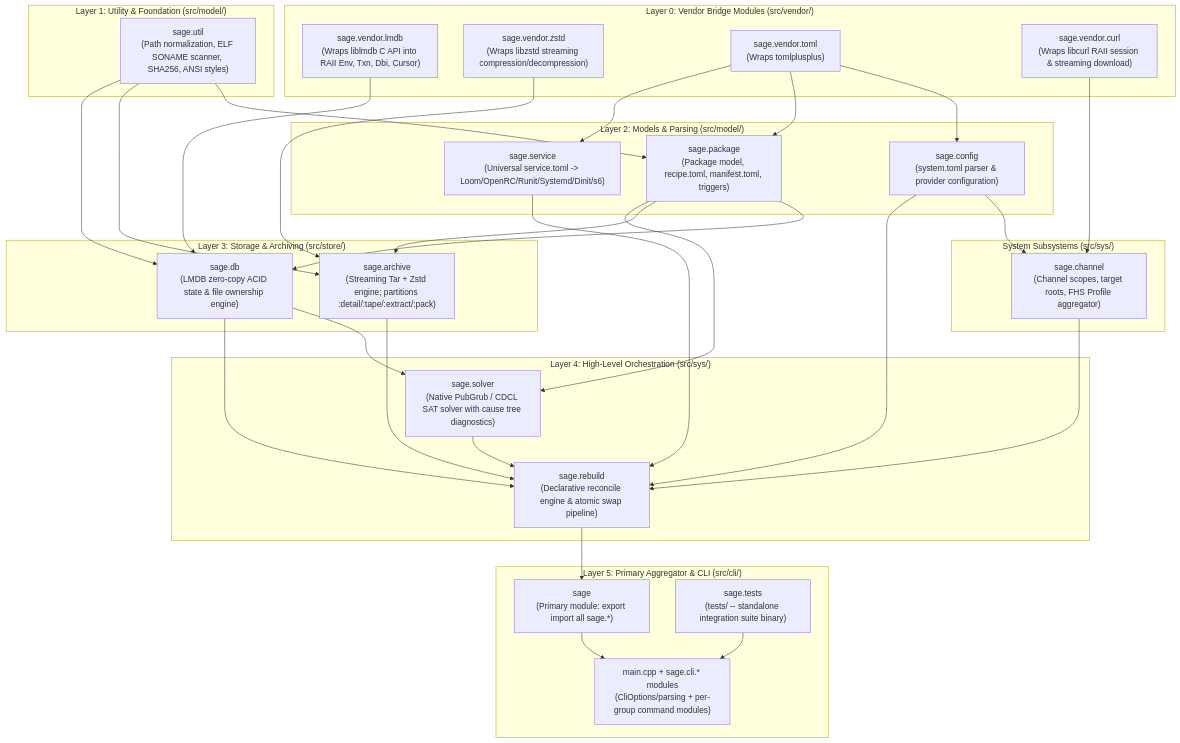
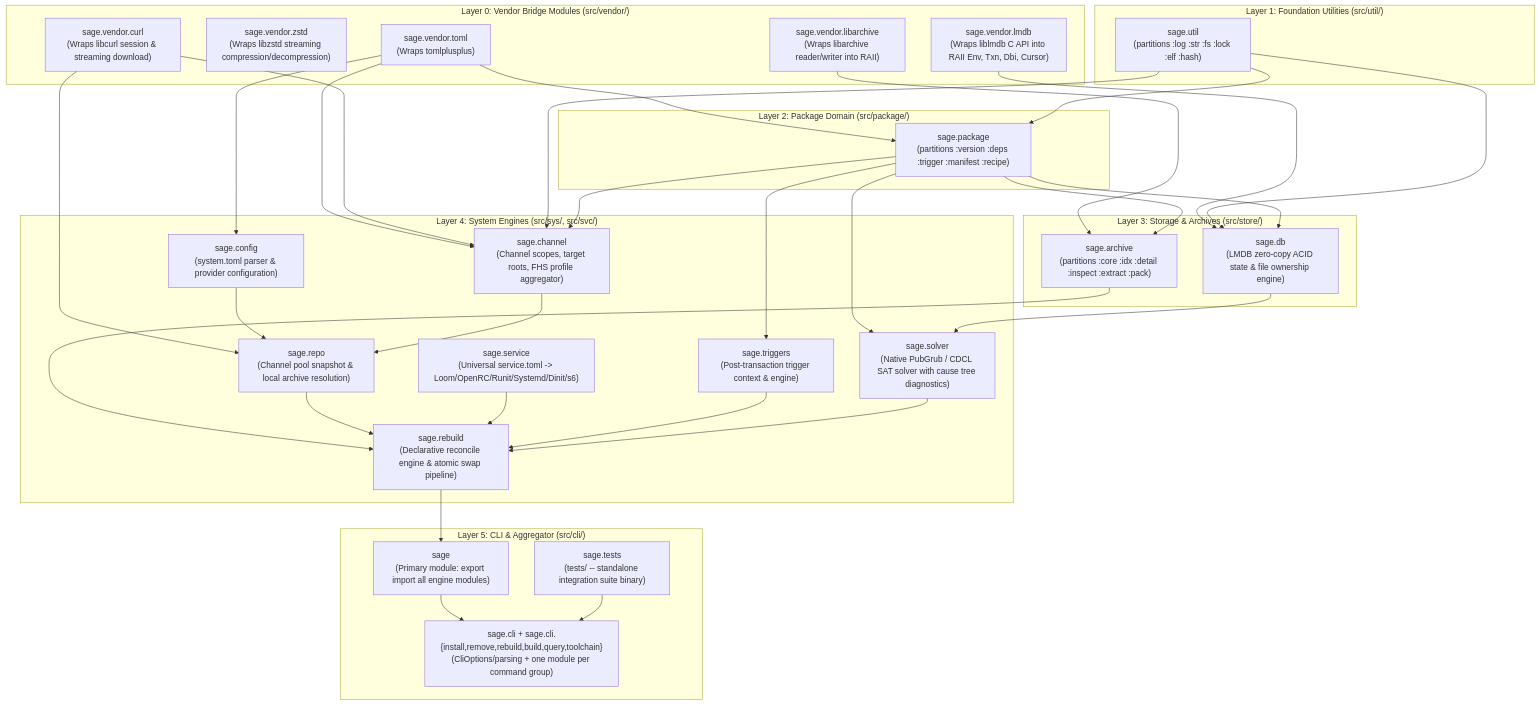
One commit to sclinuxdev/sage changed the diagram in docs/MODULES.md. Above: the diagram before and after it, drawn with Mermaid. The commit also changed other lines of this file and 2 other files, not shown here.

First line of the commit message:
docs: update all documentation for the partition-based module layout

````diff
--- a/docs/MODULES.md
+++ b/docs/MODULES.md
@@ -9,63 +9,66 @@
 ```mermaid
 graph TD
     subgraph Layer0["Layer 0: Vendor Bridge Modules (src/vendor/)"]
         LMDB["sage.vendor.lmdb<br/>(Wraps liblmdb C API into RAII Env, Txn, Dbi, Cursor)"]
         ZSTD["sage.vendor.zstd<br/>(Wraps libzstd streaming compression/decompression)"]
         TOML["sage.vendor.toml<br/>(Wraps tomlplusplus)"]
-        CURL["sage.vendor.curl<br/>(Wraps libcurl RAII session & streaming download)"]
+        CURL["sage.vendor.curl<br/>(Wraps libcurl session & streaming download)"]
+        LIBARCHIVE["sage.vendor.libarchive<br/>(Wraps libarchive reader/writer into RAII)"]
     end
 
-    subgraph Layer1["Layer 1: Utility & Foundation (src/model/)"]
-        UTIL["sage.util<br/>(Path normalization, ELF SONAME scanner, SHA256, ANSI styles)"]
+    subgraph Layer1["Layer 1: Foundation Utilities (src/util/)"]
+        UTIL["sage.util<br/>(partitions :log :str :fs :lock :elf :hash)"]
     end
 
-    subgraph Layer2["Layer 2: Models & Parsing (src/model/)"]
-        CONFIG["sage.config<br/>(system.toml parser & provider configuration)"]
-        PKG["sage.package<br/>(Package model, recipe.toml, manifest.toml, triggers)"]
-        SVC["sage.service<br/>(Universal service.toml -> Loom/OpenRC/Runit/Systemd/Dinit/s6)"]
+    subgraph Layer2["Layer 2: Package Domain (src/package/)"]
+        PKG["sage.package<br/>(partitions :version :deps :trigger :manifest :recipe)"]
     end
 
-    subgraph SysSubgraph["System Subsystems (src/sys/)"]
-        CHAN["sage.channel<br/>(Channel scopes, target roots, FHS Profile aggregator)"]
+    subgraph Layer3["Layer 3: Storage & Archives (src/store/)"]
+        DB["sage.db<br/>(LMDB zero-copy ACID state & file ownership engine)"]
+        ARCH["sage.archive<br/>(partitions :core :idx :detail :inspect :extract :pack)"]
     end
 
-    subgraph Layer3["Layer 3: Storage & Archiving (src/store/)"]
-        DB["sage.db<br/>(LMDB zero-copy ACID state & file ownership engine)"]
-        ARCH["sage.archive<br/>(Streaming Tar + Zstd engine; partitions :detail/:tape/:extract/:pack)"]
-    end
-
-    subgraph Layer4["Layer 4: High-Level Orchestration (src/sys/)"]
+    subgraph Layer4["Layer 4: System Engines (src/sys/, src/svc/)"]
+        CONFIG["sage.config<br/>(system.toml parser & provider configuration)"]
+        CHAN["sage.channel<br/>(Channel scopes, target roots, FHS profile aggregator)"]
+        SVC["sage.service<br/>(Universal service.toml -> Loom/OpenRC/Runit/Systemd/Dinit/s6)"]
+        REPO["sage.repo<br/>(Channel pool snapshot & local archive resolution)"]
         SOLVER["sage.solver<br/>(Native PubGrub / CDCL SAT solver with cause tree diagnostics)"]
+        TRIGGERS["sage.triggers<br/>(Post-transaction trigger context & engine)"]
         REBUILD["sage.rebuild<br/>(Declarative reconcile engine & atomic swap pipeline)"]
     end
 
-    subgraph Layer5["Layer 5: Primary Aggregator & CLI (src/cli/)"]
-        ROOT["sage<br/>(Primary module: export import all sage.*)"]
-        CLI["main.cpp + sage.cli.* modules<br/>(CliOptions/parsing + per-group command modules)"]
+    subgraph Layer5["Layer 5: CLI & Aggregator (src/cli/)"]
+        ROOT["sage<br/>(Primary module: export import all engine modules)"]
+        CLI["sage.cli + sage.cli.{install,remove,rebuild,build,query,toolchain}<br/>(CliOptions/parsing + one module per command group)"]
         TESTS["sage.tests<br/>(tests/ -- standalone integration suite binary)"]
     end
 
     LMDB --> DB
-    ZSTD --> ARCH
+    LIBARCHIVE --> ARCH
     TOML --> CONFIG
     TOML --> PKG
-    TOML --> SVC
+    TOML --> CHAN
     CURL --> CHAN
+    CURL --> REPO
     UTIL --> PKG
-    UTIL --> ARCH
     UTIL --> DB
+    UTIL --> CHAN
     PKG --> DB
+    PKG --> CHAN
     PKG --> ARCH
     PKG --> SOLVER
-    CONFIG --> CHAN
-    CONFIG --> REBUILD
+    PKG --> TRIGGERS
+    CONFIG --> REPO
+    CHAN --> REPO
+    ARCH --> REBUILD
+    DB --> SOLVER
+    REPO --> REBUILD
     SVC --> REBUILD
-    CHAN --> REBUILD
-    DB --> SOLVER
-    DB --> REBUILD
-    ARCH --> REBUILD
+    TRIGGERS --> REBUILD
     SOLVER --> REBUILD
     REBUILD --> ROOT
+    ROOT --> CLI
     TESTS --> CLI
-    ROOT --> CLI
 ```
````
